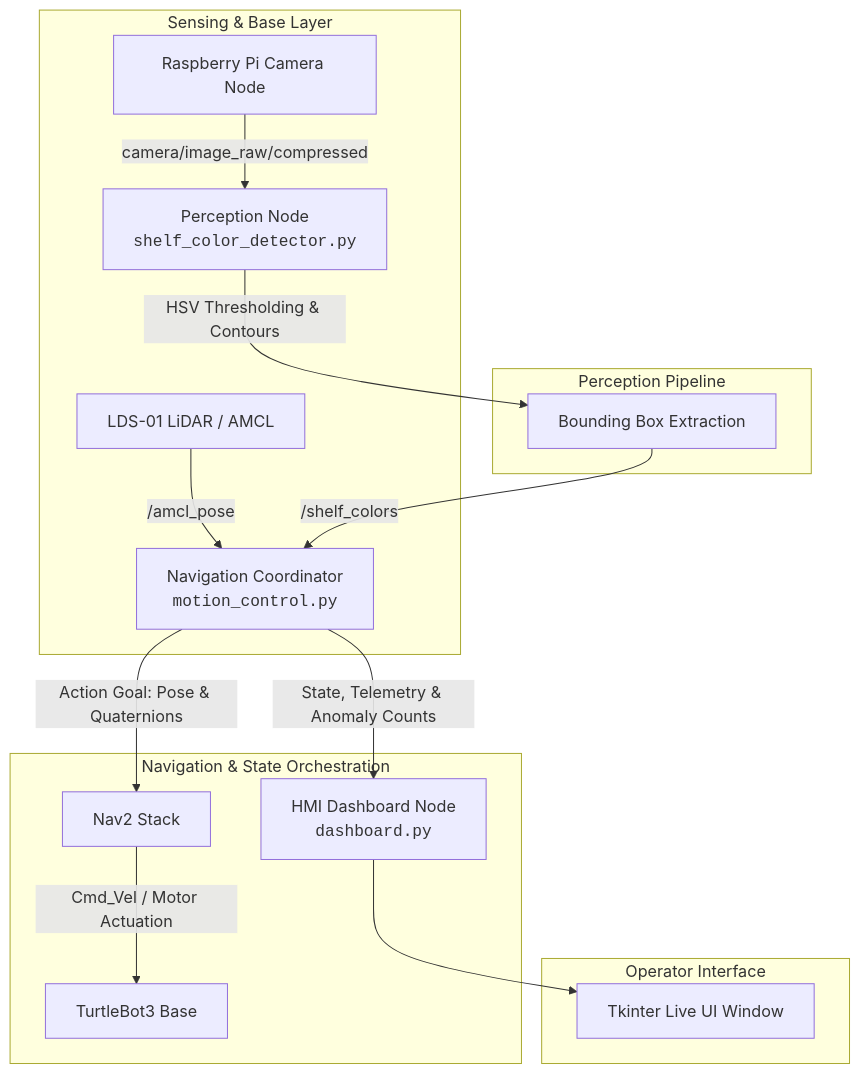
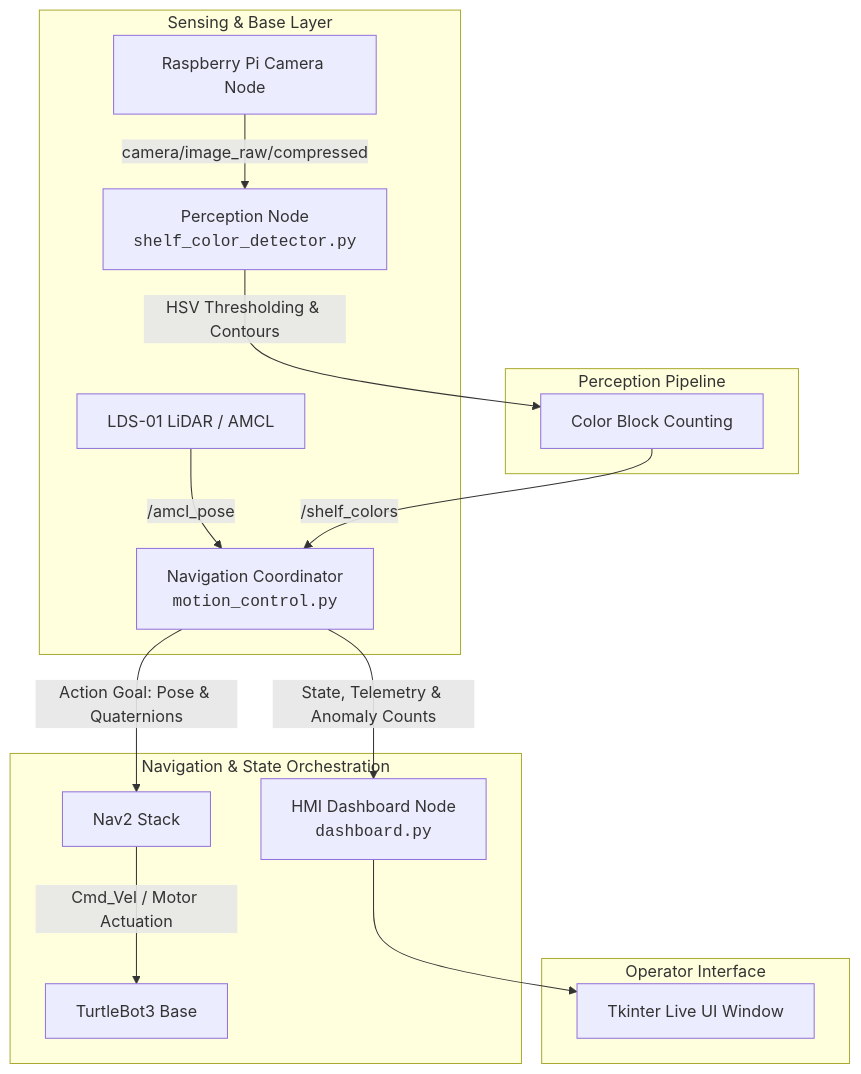
One commit to OS50/ros2-autonomous-warehouse-robot changed the diagram in README.md. Above: the diagram before and after it, drawn with Mermaid. The commit also changed other lines of this file, not shown here.

````diff
--- a/README.md
+++ b/README.md
@@ -34,22 +34,22 @@
 ```mermaid
 flowchart TD
     subgraph Sensing & Base Layer
         A[Raspberry Pi Camera Node] -->|camera/image_raw/compressed| D[Perception Node<br><code>shelf_color_detector.py</code>]
         B[LDS-01 LiDAR / AMCL] -->|/amcl_pose| E[Navigation Coordinator<br><code>motion_control.py</code>]
     end
 
     subgraph Perception Pipeline
-        D -->|HSV Thresholding & Contours| D1[Bounding Box Extraction]
+        D -->|HSV Thresholding & Contours| D1[Color Block Counting]
         D1 -->|/shelf_colors| E
     end
 
     subgraph Navigation & State Orchestration
         E -->|Action Goal: Pose & Quaternions| F[Nav2 Stack]
         F -->|Cmd_Vel / Motor Actuation| G[TurtleBot3 Base]
         E -->|State, Telemetry & Anomaly Counts| H[HMI Dashboard Node<br><code>dashboard.py</code>]
     end
 
     subgraph Operator Interface
         H --> I[Tkinter Live UI Window]
     end
 ```
````
